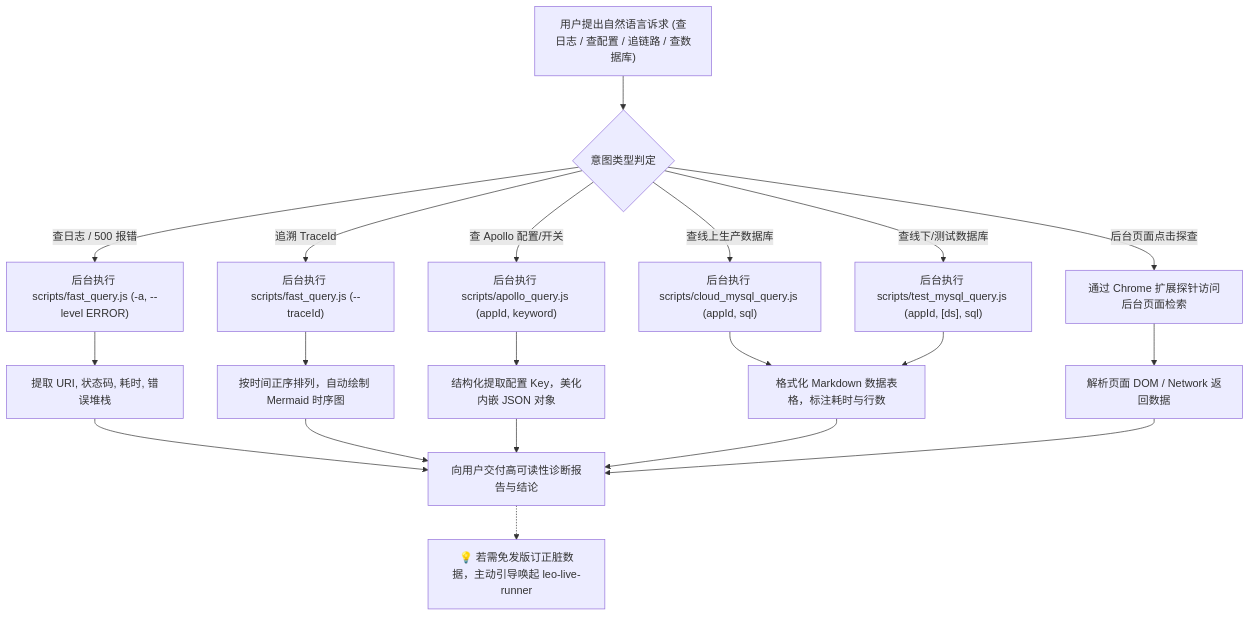
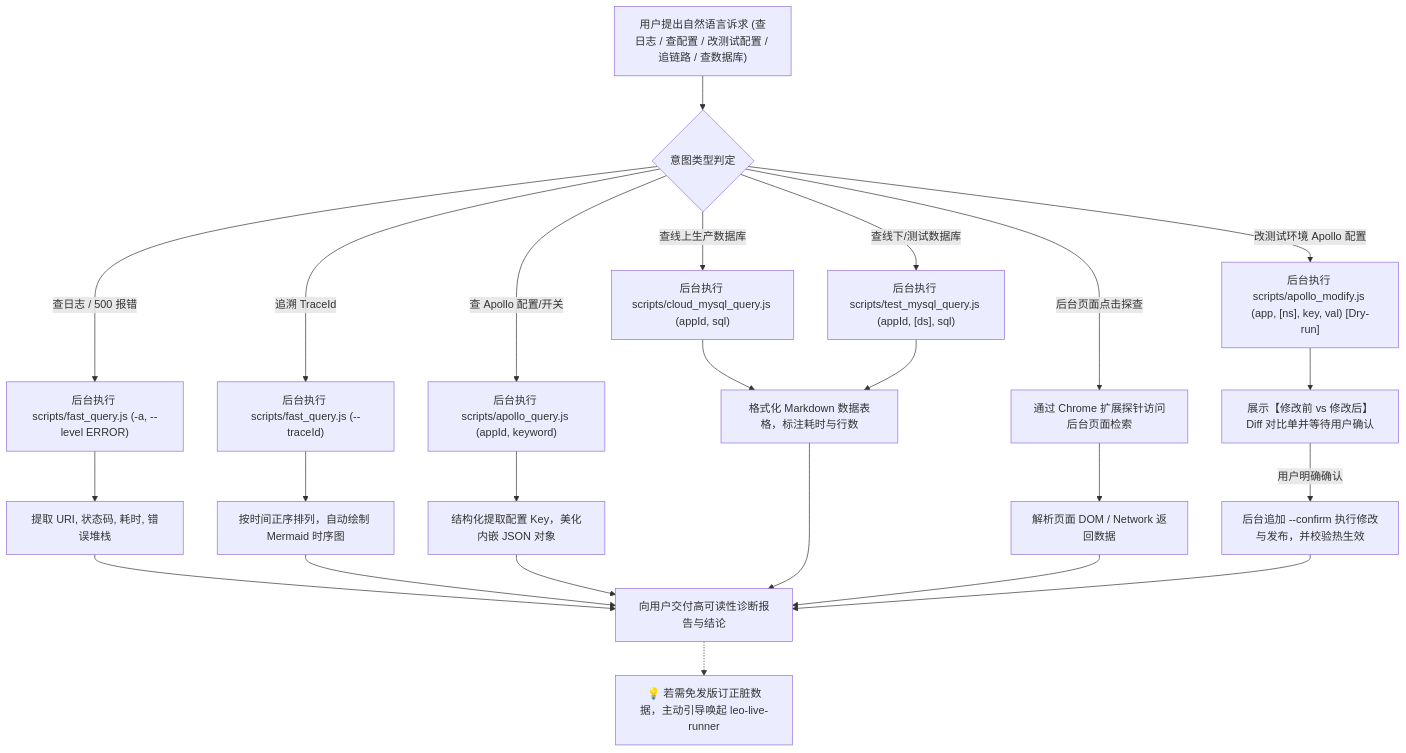
The diagram in lib/skills/leo-live-inspector/SKILL.md (zlpawn/shrimp), drawn with Mermaid before and after one commit. The commit also changed other lines of this file and 2 other files, not shown here.

Commit message:
feat(leo-live-inspector): add Apollo test config modify and two-stage release capability with strict diff confirmation

````diff
--- a/lib/skills/leo-live-inspector/SKILL.md
+++ b/lib/skills/leo-live-inspector/SKILL.md
@@ -53,20 +59,23 @@
 ```mermaid
 flowchart TD
-    A["用户提出自然语言诉求 (查日志 / 查配置 / 追链路 / 查数据库)"] --> B{"意图类型判定"}
+    A["用户提出自然语言诉求 (查日志 / 查配置 / 改测试配置 / 追链路 / 查数据库)"] --> B{"意图类型判定"}
     
     B -->|"查日志 / 500 报错"| C1["后台执行 scripts/fast_query.js (-a, --level ERROR)"]
     B -->|"追溯 TraceId"| C2["后台执行 scripts/fast_query.js (--traceId)"]
     B -->|"查 Apollo 配置/开关"| C3["后台执行 scripts/apollo_query.js (appId, keyword)"]
+    B -->|"改测试环境 Apollo 配置"| C7["后台执行 scripts/apollo_modify.js (app, [ns], key, val) [Dry-run]"]
     B -->|"查线上生产数据库"| C4["后台执行 scripts/cloud_mysql_query.js (appId, sql)"]
     B -->|"查线下/测试数据库"| C5["后台执行 scripts/test_mysql_query.js (appId, [ds], sql)"]
     B -->|"后台页面点击探查"| C6["通过 Chrome 扩展探针访问后台页面检索"]
 
     C1 --> D1["提取 URI, 状态码, 耗时, 错误堆栈"]
     C2 --> D2["按时间正序排列，自动绘制 Mermaid 时序图"]
     C3 --> D3["结构化提取配置 Key，美化内嵌 JSON 对象"]
+    C7 --> D7["展示【修改前 vs 修改后】Diff 对比单并等待用户确认"]
+    D7 -->|用户明确确认| E7["后台追加 --confirm 执行修改与发布，并校验热生效"]
     C4 & C5 --> D4["格式化 Markdown 数据表格，标注耗时与行数"]
     C6 --> D5["解析页面 DOM / Network 返回数据"]
 
-    D1 & D2 & D3 & D4 & D5 --> E["向用户交付高可读性诊断报告与结论"]
+    D1 & D2 & D3 & D4 & D5 & E7 --> E["向用户交付高可读性诊断报告与结论"]
     E -.-> F["💡 若需免发版订正脏数据，主动引导唤起 leo-live-runner"]
 ```
````
